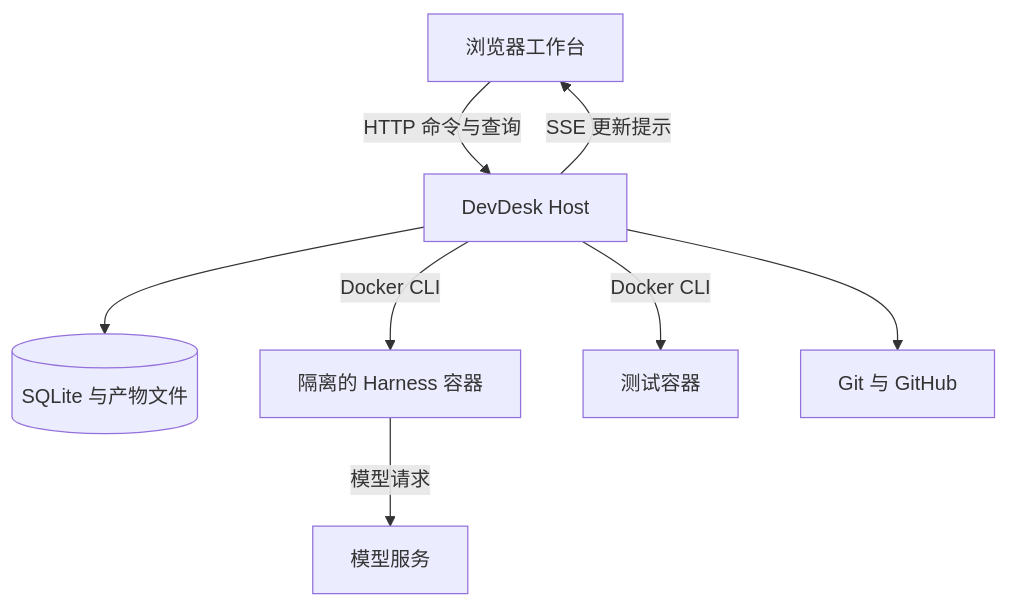
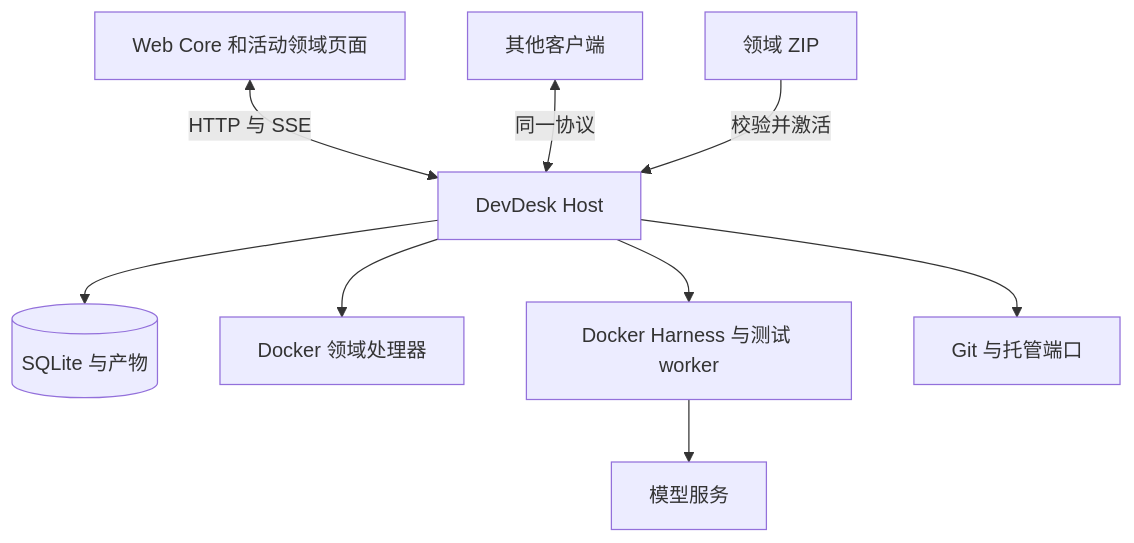
One commit to xfork24/devdesk changed the diagram in docs/design/overview.md. Above: the diagram before and after it, drawn with Mermaid. The commit also changed other lines of this file and 476 other files, not shown here.

First line of the commit message:
Release DevDesk v0.5 with independent Core and domain packages

````diff
--- a/docs/design/overview.md
+++ b/docs/design/overview.md
@@ -15,10 +11,11 @@
 ```mermaid
 flowchart TD
-    U[浏览器工作台] -->|HTTP 命令与查询| H[DevDesk Host]
-    H -->|SSE 更新提示| U
-    H --> D[(SQLite 与产物文件)]
-    H -->|Docker CLI| W[隔离的 Harness 容器]
-    H -->|Docker CLI| T[测试容器]
-    W -->|模型请求| M[模型服务]
-    H --> G[Git 与 GitHub]
+    W[Web Core 和活动领域页面] <-->|HTTP 与 SSE| H[DevDesk Host]
+    N[其他客户端] <-->|同一协议| H
+    P[领域 ZIP] -->|校验并激活| H
+    H --> D[(SQLite 与产物)]
+    H --> R[Docker 领域处理器]
+    H --> K[Docker Harness 与测试 worker]
+    K --> M[模型服务]
+    H --> G[Git 与托管端口]
 ```
````
